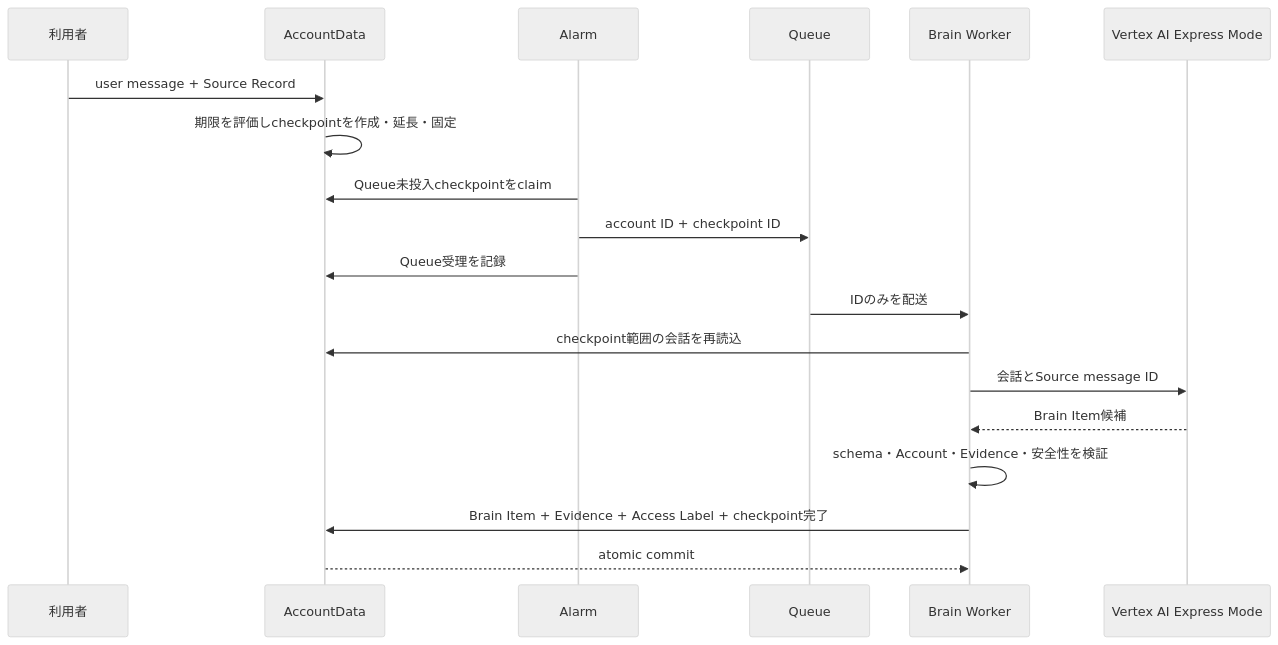
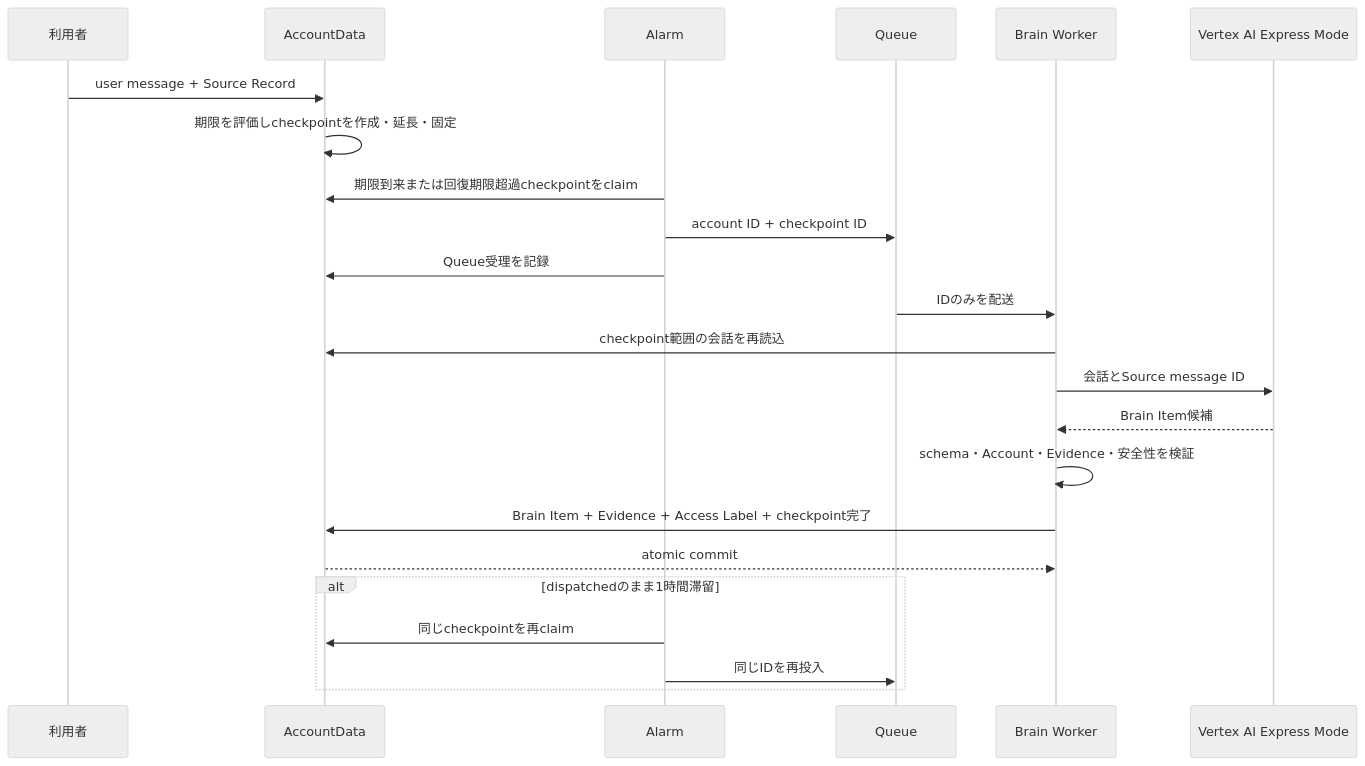
One commit to kkyosuke/me-builder changed the fourth of 4 diagrams in docs/domain/brain/brain-item-generation-design.md. Above: the diagram before and after it, drawn with Mermaid (neutral theme). The commit also changed other lines of this file and 5 other files, not shown here.

````diff
--- a/docs/domain/brain/brain-item-generation-design.md
+++ b/docs/domain/brain/brain-item-generation-design.md
@@ -310,22 +310,26 @@
 ```mermaid
 sequenceDiagram
     participant U as 利用者
     participant AD as AccountData
     participant A as Alarm
     participant Q as Queue
     participant W as Brain Worker
     participant AI as Vertex AI Express Mode
 
     U->>AD: user message + Source Record
     AD->>AD: 期限を評価しcheckpointを作成・延長・固定
-    A->>AD: Queue未投入checkpointをclaim
+    A->>AD: 期限到来または回復期限超過checkpointをclaim
     A->>Q: account ID + checkpoint ID
     A->>AD: Queue受理を記録
     Q->>W: IDのみを配送
     W->>AD: checkpoint範囲の会話を再読込
     W->>AI: 会話とSource message ID
     AI-->>W: Brain Item候補
     W->>W: schema・Account・Evidence・安全性を検証
     W->>AD: Brain Item + Evidence + Access Label + checkpoint完了
     AD-->>W: atomic commit
+    alt dispatchedのまま1時間滞留
+        A->>AD: 同じcheckpointを再claim
+        A->>Q: 同じIDを再投入
+    end
 ```
````
